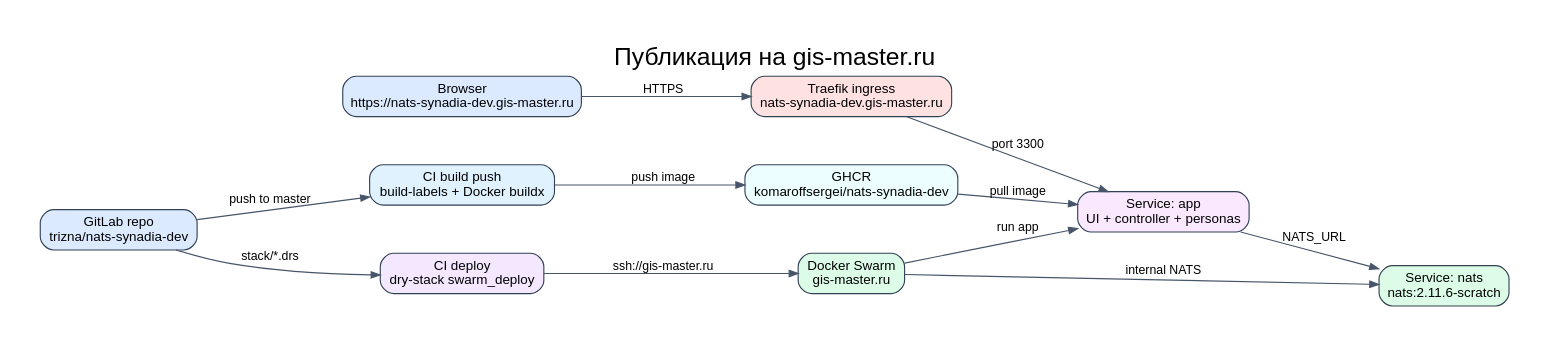
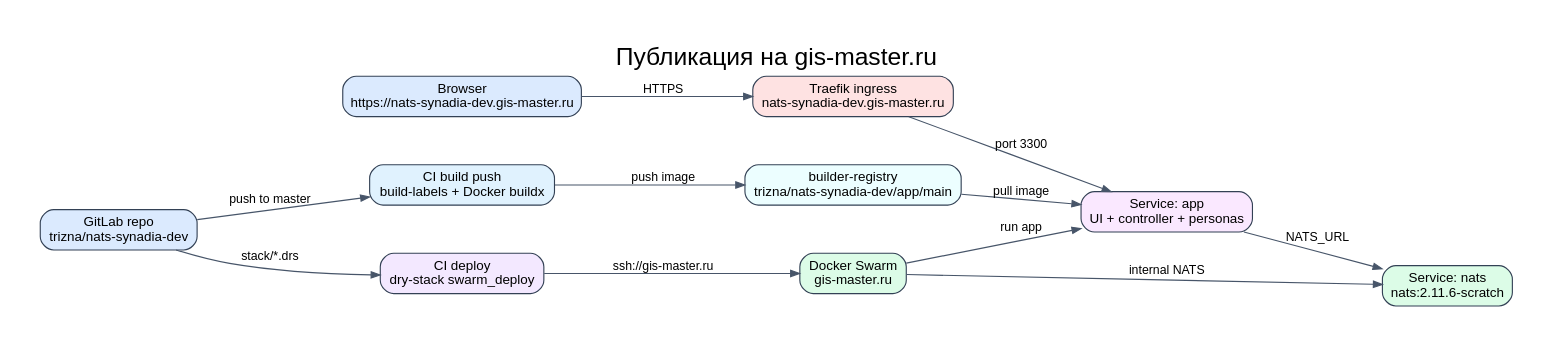
The diagram in docs/diagrams/deployment.dot (komaroffsergei/nats-synadia-dev), drawn with Graphviz before and after one commit. The commit also changed 7 other files, not shown here.

```diff
--- a/docs/diagrams/deployment.dot
+++ b/docs/diagrams/deployment.dot
@@ -1,50 +1,50 @@
 digraph G {
   graph [
     rankdir=LR,
     bgcolor="white",
     pad="0.4",
     nodesep="0.6",
     ranksep="0.8",
     fontname="Arial",
     label="Публикация на gis-master.ru",
     labelloc="t",
     fontsize=22
   ];
 
   node [
     shape=box,
     style="rounded,filled",
     fontname="Arial",
     fontsize=12,
     color="#334155",
     fillcolor="#f8fafc"
   ];
 
   edge [
     fontname="Arial",
     fontsize=11,
     color="#475569",
     arrowsize=0.8
   ];
 
   repo [label="GitLab repo\ntrizna/nats-synadia-dev", fillcolor="#dbeafe"];
   build [label="CI build push\nbuild-labels + Docker buildx", fillcolor="#e0f2fe"];
-  registry [label="GHCR\nkomaroffsergei/nats-synadia-dev", fillcolor="#ecfeff"];
+  registry [label="builder-registry\ntrizna/nats-synadia-dev/app/main", fillcolor="#ecfeff"];
   deploy [label="CI deploy\ndry-stack swarm_deploy", fillcolor="#f3e8ff"];
   swarm [label="Docker Swarm\ngis-master.ru", fillcolor="#dcfce7"];
   nats [label="Service: nats\nnats:2.11.6-scratch", fillcolor="#dcfce7"];
   app [label="Service: app\nUI + controller + personas", fillcolor="#fae8ff"];
   traefik [label="Traefik ingress\nnats-synadia-dev.gis-master.ru", fillcolor="#fee2e2"];
   user [label="Browser\nhttps://nats-synadia-dev.gis-master.ru", fillcolor="#dbeafe"];
 
   repo -> build [label="push to master"];
   build -> registry [label="push image"];
   repo -> deploy [label="stack/*.drs"];
   deploy -> swarm [label="ssh://gis-master.ru"];
   registry -> app [label="pull image"];
   swarm -> nats [label="internal NATS"];
   swarm -> app [label="run app"];
   app -> nats [label="NATS_URL"];
   traefik -> app [label="port 3300"];
   user -> traefik [label="HTTPS"];
 }
```
